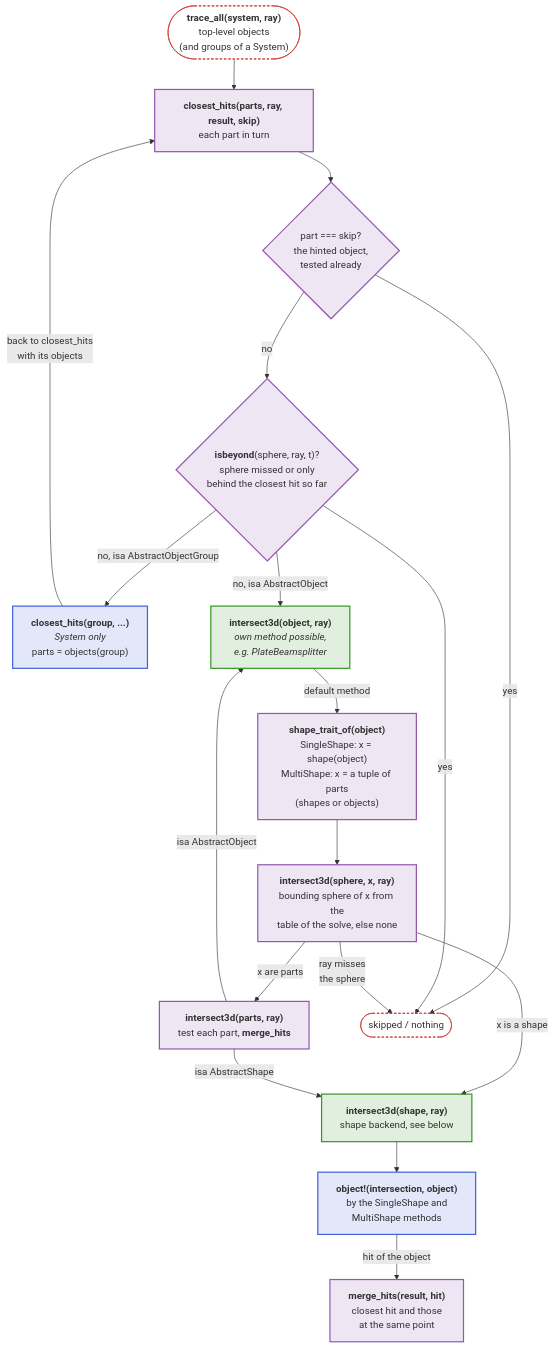
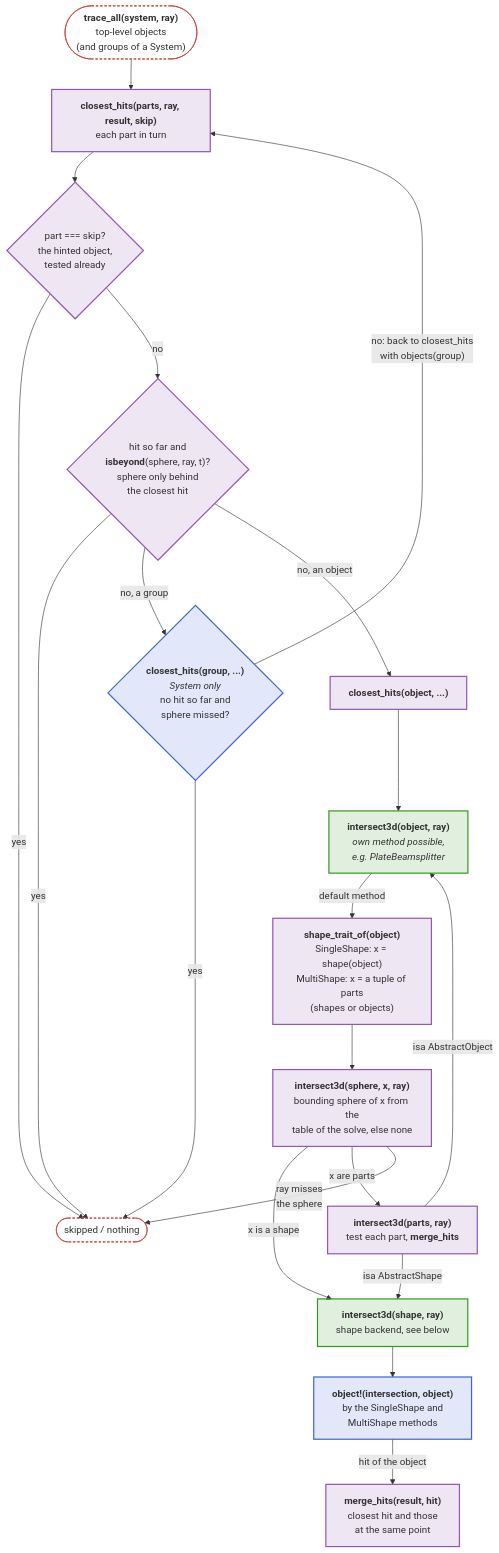
One commit to JuliaPhysics/BeamletOptics.jl changed the second of 6 diagrams in docs/src/api/core.md. Above: the diagram before and after it, drawn with Mermaid. The commit also changed 3 other files, not shown here.

First line of the commit message:
Bugfix: trace_all inferred again, skipped object boxed once, sphere tested once (#177 review r2)

````diff
--- a/docs/src/api/core.md
+++ b/docs/src/api/core.md
@@ -63,42 +63,45 @@
 ```mermaid
 flowchart TB
     TA(["<b>trace_all(system, ray)</b><br/>top-level objects<br/>(and groups of a System)"])
     CH["<b>closest_hits(parts, ray, result, skip)</b><br/>each part in turn"]
     SK{"part === skip?<br/>the hinted object,<br/>tested already"}
-    BY{"<b>isbeyond</b>(sphere, ray, t)?<br/>sphere missed or only<br/>behind the closest hit so far"}
-    G["<b>closest_hits(group, ...)</b><br/><i>System only</i><br/>parts = objects(group)"]
+    BY{"hit so far and<br/><b>isbeyond</b>(sphere, ray, t)?<br/>sphere only behind<br/>the closest hit"}
+    G{"<b>closest_hits(group, ...)</b><br/><i>System only</i><br/>no hit so far and<br/>sphere missed?"}
+    O["<b>closest_hits(object, ...)</b>"]
     OJ["<b>intersect3d(object, ray)</b><br/><i>own method possible,<br/>e.g. PlateBeamsplitter</i>"]
     M["<b>merge_hits(result, hit)</b><br/>closest hit and those<br/>at the same point"]
     T["<b>shape_trait_of(object)</b><br/>SingleShape: x = shape(object)<br/>MultiShape: x = a tuple of parts<br/>(shapes or objects)"]
     PT["<b>intersect3d(sphere, x, ray)</b><br/>bounding sphere of x from the<br/>table of the solve, else none"]
     P["<b>intersect3d(parts, ray)</b><br/>test each part, <b>merge_hits</b>"]
     SH["<b>intersect3d(shape, ray)</b><br/>shape backend, see below"]
     OBJ["<b>object!(intersection, object)</b><br/>by the SingleShape and<br/>MultiShape methods"]
     MISS(["skipped / nothing"])
 
     TA --> CH --> SK
     SK -- yes --> MISS
     SK -- no --> BY
     BY -- yes --> MISS
-    BY -- "no, isa AbstractObjectGroup" --> G
-    G -- "back to closest_hits<br/>with its objects" --> CH
-    BY -- "no, isa AbstractObject" --> OJ
+    BY -- "no, a group" --> G
+    BY -- "no, an object" --> O
+    G -- yes --> MISS
+    G -- "no: back to closest_hits<br/>with objects(group)" --> CH
+    O --> OJ
     OJ -- "default method" --> T
     T --> PT
     PT -- "x is a shape" --> SH
     PT -- "x are parts" --> P
     PT -- "ray misses<br/>the sphere" --> MISS
     P -- "isa AbstractShape" --> SH
     P -- "isa AbstractObject" --> OJ
     SH --> OBJ
     OBJ -- "hit of the object" --> M
 
     classDef blue fill:#4063D826,stroke:#4063D8,stroke-width:2px
     classDef green fill:#38982626,stroke:#389826,stroke-width:2px
     classDef purple fill:#9558B226,stroke:#9558B2,stroke-width:2px
     classDef terminal fill:transparent,stroke:#CB3C33,stroke-width:1.5px,stroke-dasharray:4 3
     class G,OBJ blue
     class OJ,SH green
-    class CH,SK,BY,M,P,T,PT purple
+    class CH,SK,BY,O,M,P,T,PT purple
     class TA,MISS terminal
 ```
````
